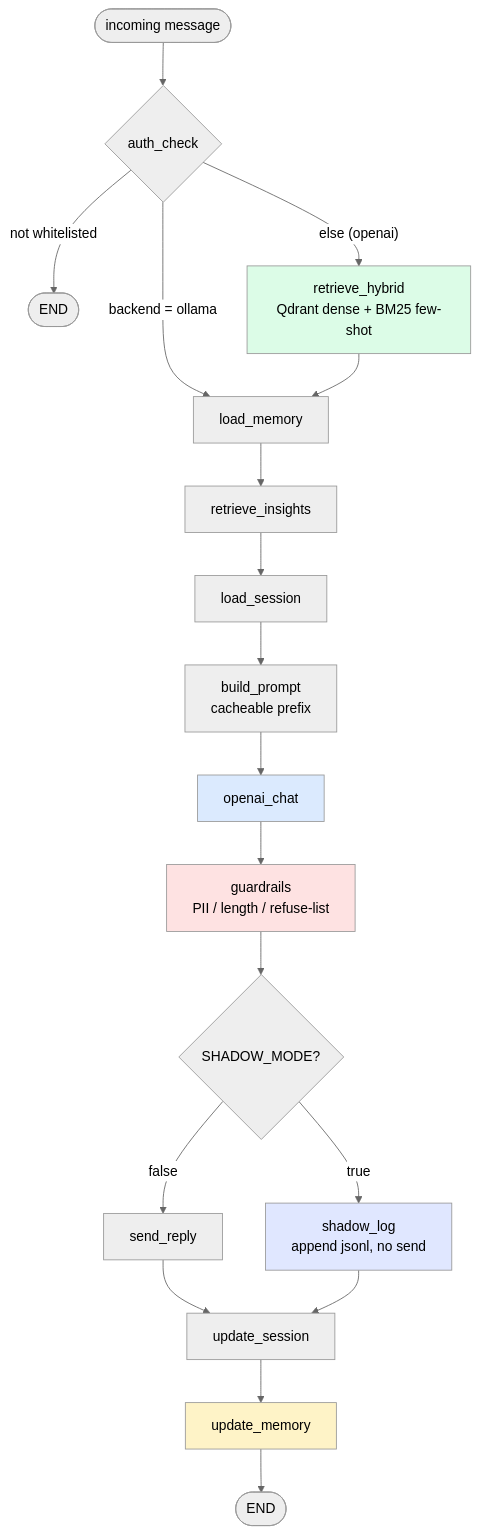
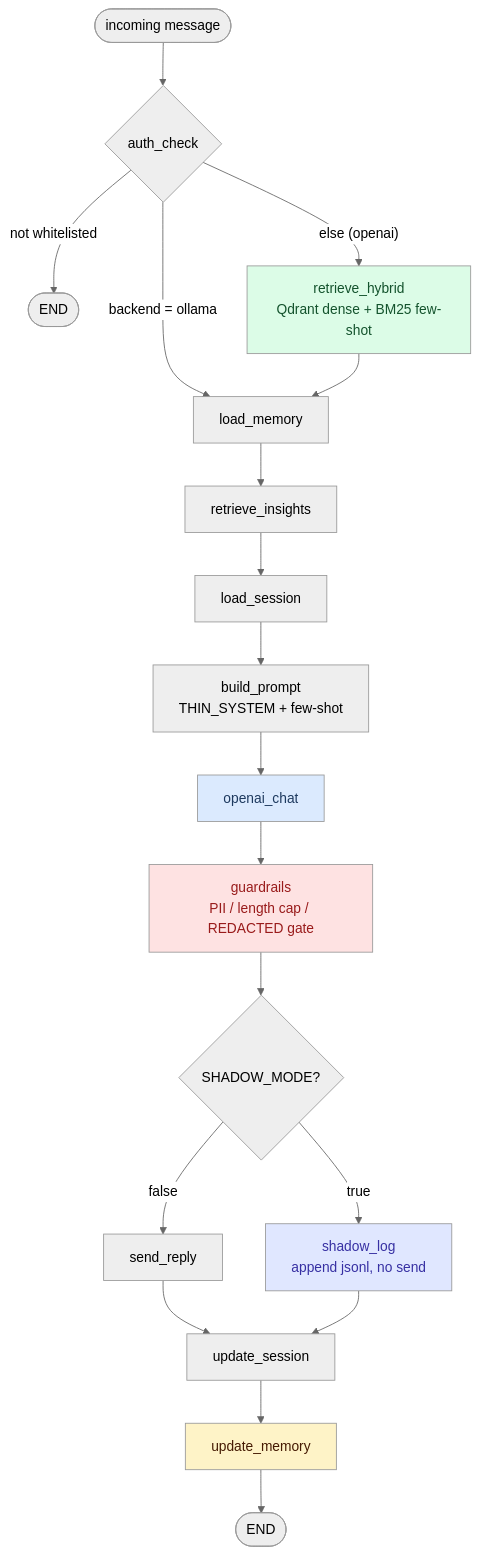
Before and after one commit to BohdanChuprynka/Persona-RAG: the diagram in docs/runtime/RETRIEVAL-AND-GENERATION.md, drawn with Mermaid (neutral theme). The commit also changed 13 other files, not shown here.

First line of the commit message:
docs(diagrams): overhaul Mermaid diagrams + fix dark-theme readability

````diff
--- a/docs/runtime/RETRIEVAL-AND-GENERATION.md
+++ b/docs/runtime/RETRIEVAL-AND-GENERATION.md
@@ -11,34 +11,34 @@
 ```mermaid
 %% C4 Level 3 - Component: per-message request pipeline (persona_rag/graph/compile.py)
 %% 12 nodes in compile order + 2 conditional branch points (_route_after_auth, _route_after_guardrails)
 flowchart TD
     Start([incoming message]) --> AuthCheck{auth_check}
 
     %% _route_after_auth: unauthorized -> END; ollama -> load_memory (skip retrieve_hybrid); else -> retrieve_hybrid
     AuthCheck -- "not whitelisted" --> EndUnauth([END])
     AuthCheck -- "backend = ollama" --> LoadMem[load_memory]
     AuthCheck -- "else (openai)" --> RetrieveHybrid[retrieve_hybrid<br/>Qdrant dense + BM25 few-shot]
 
     RetrieveHybrid --> LoadMem
     LoadMem --> RetrieveInsights[retrieve_insights]
     RetrieveInsights --> LoadSession[load_session]
-    LoadSession --> BuildPrompt[build_prompt<br/>cacheable prefix]
+    LoadSession --> BuildPrompt[build_prompt<br/>THIN_SYSTEM + few-shot]
     BuildPrompt --> OpenAIChat[openai_chat]
-    OpenAIChat --> Guardrails[guardrails<br/>PII / length / refuse-list]
+    OpenAIChat --> Guardrails[guardrails<br/>PII / length cap / REDACTED gate]
 
     %% _route_after_guardrails: SHADOW_MODE -> shadow_log; else -> send_reply
     Guardrails --> ShadowFork{SHADOW_MODE?}
     ShadowFork -- "true" --> ShadowLog[shadow_log<br/>append jsonl, no send]
     ShadowFork -- "false" --> SendReply[send_reply]
 
     SendReply --> UpdateSession[update_session]
     ShadowLog --> UpdateSession
     UpdateSession --> UpdateMemory[update_memory]
     UpdateMemory --> EndNormal([END])
 
-    style OpenAIChat fill:#dbeafe
-    style Guardrails fill:#fee2e2
-    style ShadowLog fill:#e0e7ff
-    style RetrieveHybrid fill:#dcfce7
-    style UpdateMemory fill:#fef3c7
+    style OpenAIChat fill:#dbeafe,color:#1e3a5f
+    style Guardrails fill:#fee2e2,color:#991b1b
+    style ShadowLog fill:#e0e7ff,color:#3730a3
+    style RetrieveHybrid fill:#dcfce7,color:#14532d
+    style UpdateMemory fill:#fef3c7,color:#451a03
 ```
````
